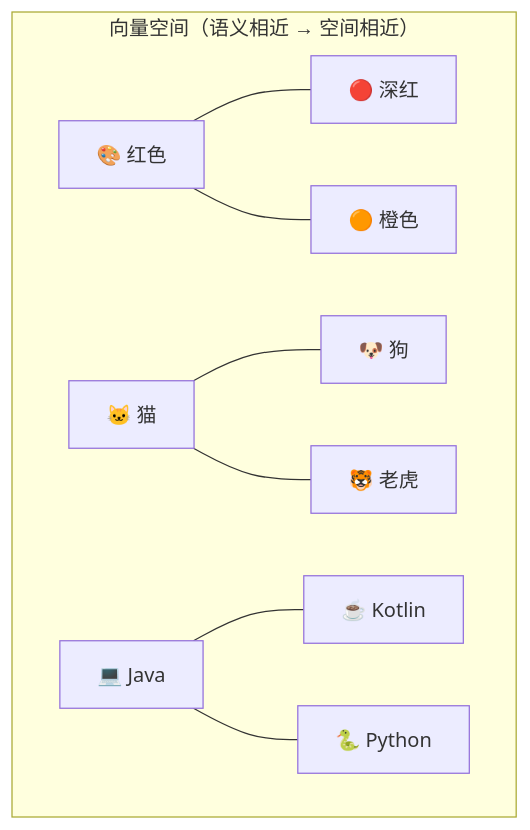
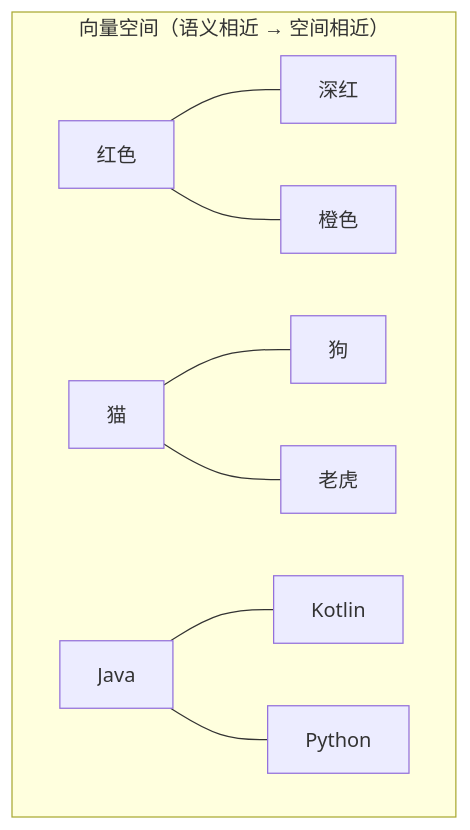
Before and after one commit to hengdboy/langchain4j-in-production: the first of 7 diagrams in chapters/ch08-embedding.md, drawn with Mermaid. The commit also changed other lines of this file and 22 other files, not shown here.

````diff
--- a/chapters/ch08-embedding.md
+++ b/chapters/ch08-embedding.md
@@ -61,11 +61,11 @@
 ```mermaid
 flowchart TD
     subgraph "向量空间（语义相近 → 空间相近）"
-        A1["🎨 红色"] --- A2["🔴 深红"]
-        A1 --- A3["🟠 橙色"]
-        B1["🐱 猫"] --- B2["🐶 狗"]
-        B1 --- B3["🐯 老虎"]
-        C1["💻 Java"] --- C2["☕ Kotlin"]
-        C1 --- C3["🐍 Python"]
+        A1["红色"] --- A2["深红"]
+        A1 --- A3["橙色"]
+        B1["猫"] --- B2["狗"]
+        B1 --- B3["老虎"]
+        C1["Java"] --- C2["Kotlin"]
+        C1 --- C3["Python"]
     end
 ```
````
